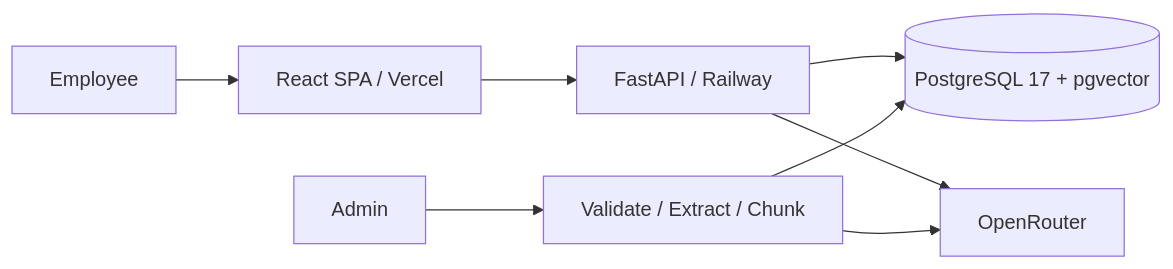
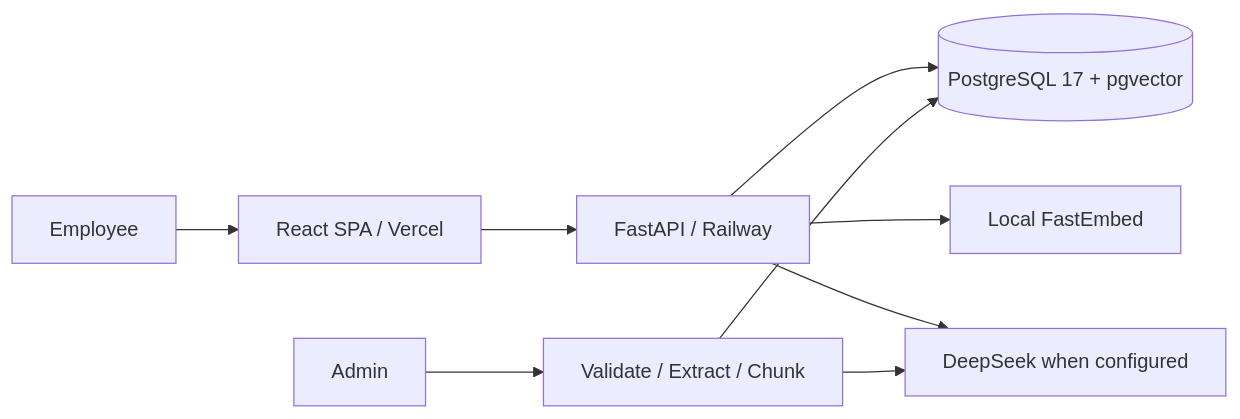
Before and after one commit to justinchristroper-arch/helpdesk-ai: the diagram in docs/design.md, drawn with Mermaid. The commit also changed other lines of this file and 27 other files, not shown here.

Commit message:
Validate local pgvector retrieval and prepare DeepSeek adapter

````diff
--- a/docs/design.md
+++ b/docs/design.md
@@ -39,10 +39,11 @@
 ```mermaid
 flowchart LR
   Employee --> SPA[React SPA / Vercel]
   SPA --> API[FastAPI / Railway]
   API --> DB[(PostgreSQL 17 + pgvector)]
-  API --> Provider[OpenRouter]
+  API --> Embed[Local FastEmbed]
+  API --> Provider[DeepSeek when configured]
   Admin --> Ingestion[Validate / Extract / Chunk]
   Ingestion --> Provider
   Ingestion --> DB
 ```
````
